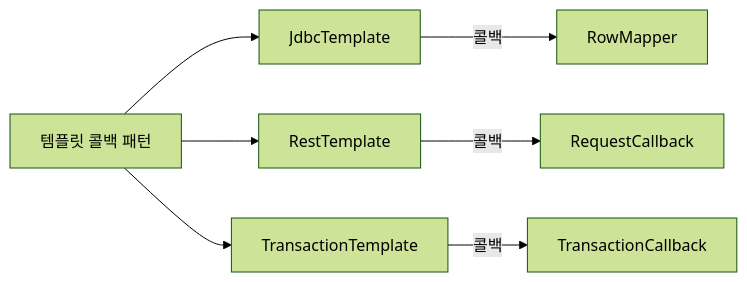
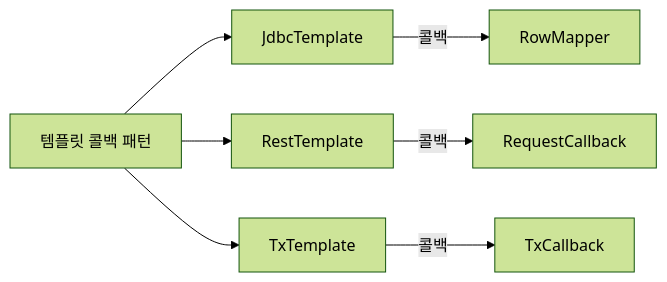
The seventh of 7 diagrams in _posts/spring/2026-05-02-spring6-principles.md (yjkim2015/yjkim2015.github.io), drawn with Mermaid (forest theme) before and after one commit. The commit also changed other lines of this file and 245 other files, not shown here.

First line of the commit message:
Mermaid 다이어그램 전면 수정 + 면접 포인트 접기/펼치기 + DB 데드락 페이지

````diff
--- a/_posts/spring/2026-05-02-spring6-principles.md
+++ b/_posts/spring/2026-05-02-spring6-principles.md
@@ -451,9 +451,9 @@
 ```mermaid
 graph LR
     A["템플릿 콜백 패턴"] --> B[JdbcTemplate]
     A --> C[RestTemplate]
-    A --> D[TransactionTemplate]
+    A --> D[TxTemplate]
     B -->|"콜백"| H[RowMapper]
     C -->|"콜백"| I[RequestCallback]
-    D -->|"콜백"| J[TransactionCallback]
+    D -->|"콜백"| J[TxCallback]
 ```
````
